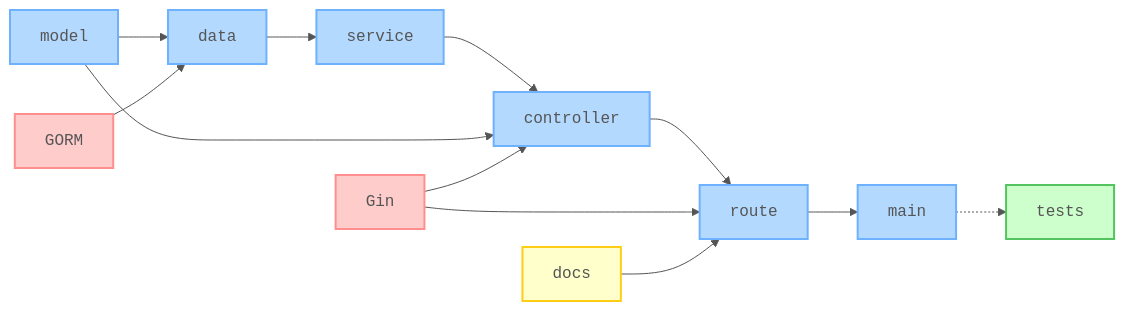
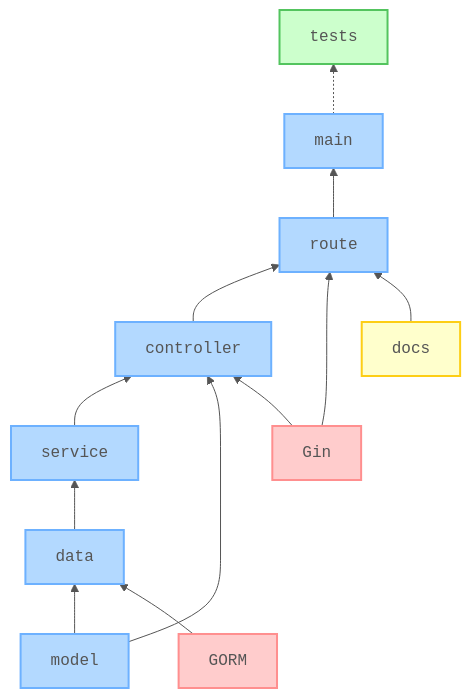
One commit to nanotaboada/go-samples-gin-restful changed the diagram in README.md. Above: the diagram before and after it, drawn with Mermaid. The commit also changed other lines of this file, not shown here.

Commit message:
docs: refine architecture diagram layout

````diff
--- a/README.md
+++ b/README.md
@@ -86,57 +86,57 @@
 ```mermaid
 %%{init: {
   "theme": "default",
   "themeVariables": {
     "fontFamily": "Fira Code, Consolas, monospace",
     "textColor": "#555",
     "lineColor": "#555",
     "lineWidth": 2
   }
 }}%%
 
-graph LR
+graph BT
     %% Packages
     model[model]
     data[data]
     service[service]
     controller[controller]
     route[route]
     main[main]
 
     %% External Dependencies
     gin[Gin]
     gorm[GORM]
 
     %% Tests and Documentation
     tests[tests]
     docs[docs]
 
     %% Main Application Flow
     data --> service
     service --> controller
     controller --> route
     route --> main
 
     model --> data
     model --> controller
 
     %% External Dependencies connections
     gorm --> data
     gin --> controller
     gin --> route
 
     %% Tests and Documentation connections
     main -.-> tests
     docs --> route
 
     %% Node styling (fallbacks)
     classDef core fill:#b3d9ff,stroke:#6db1ff,stroke-width:2px,color:#555,font-family:monospace;
     classDef deps fill:#ffcccc,stroke:#ff8f8f,stroke-width:2px,color:#555,font-family:monospace;
     classDef test fill:#ccffcc,stroke:#53c45e,stroke-width:2px,color:#555,font-family:monospace;
     classDef swag fill:#ffffcc,stroke:#fdce15,stroke-width:2px,color:#555,font-family:monospace;
 
     class main,route,controller,service,data,model core
     class gin,gorm deps
     class tests test
     class docs swag
 ```
````
